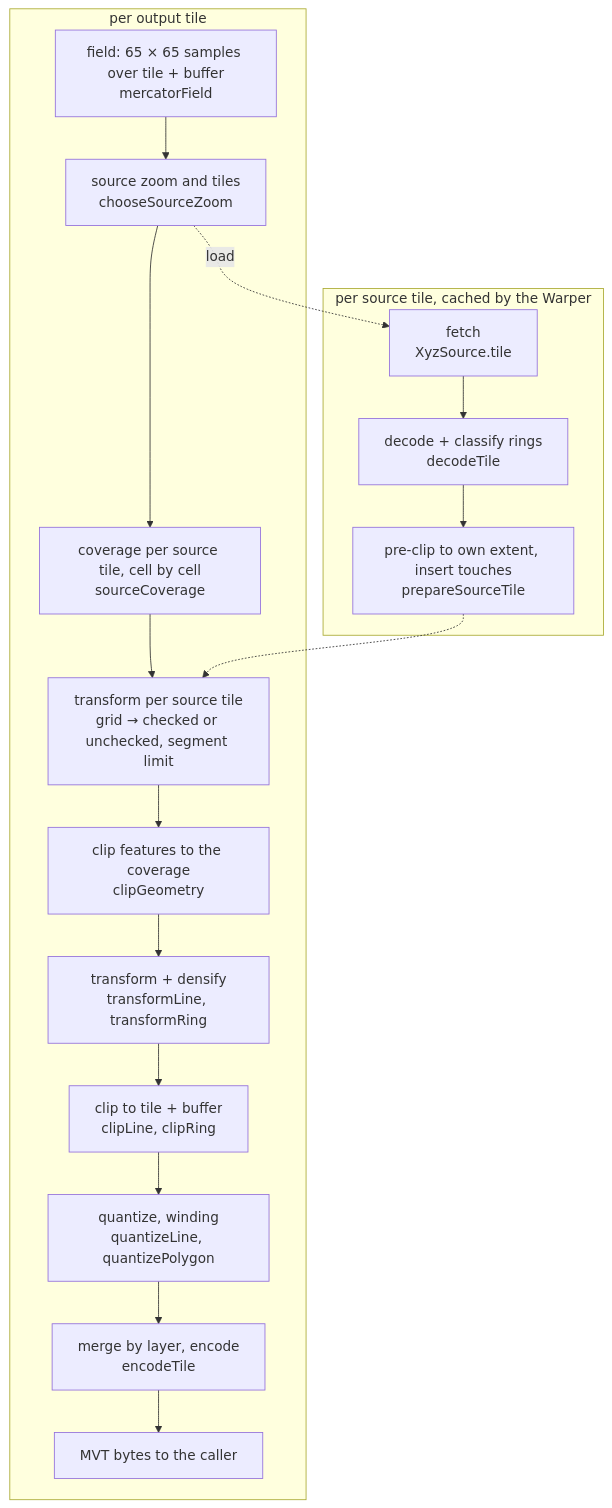
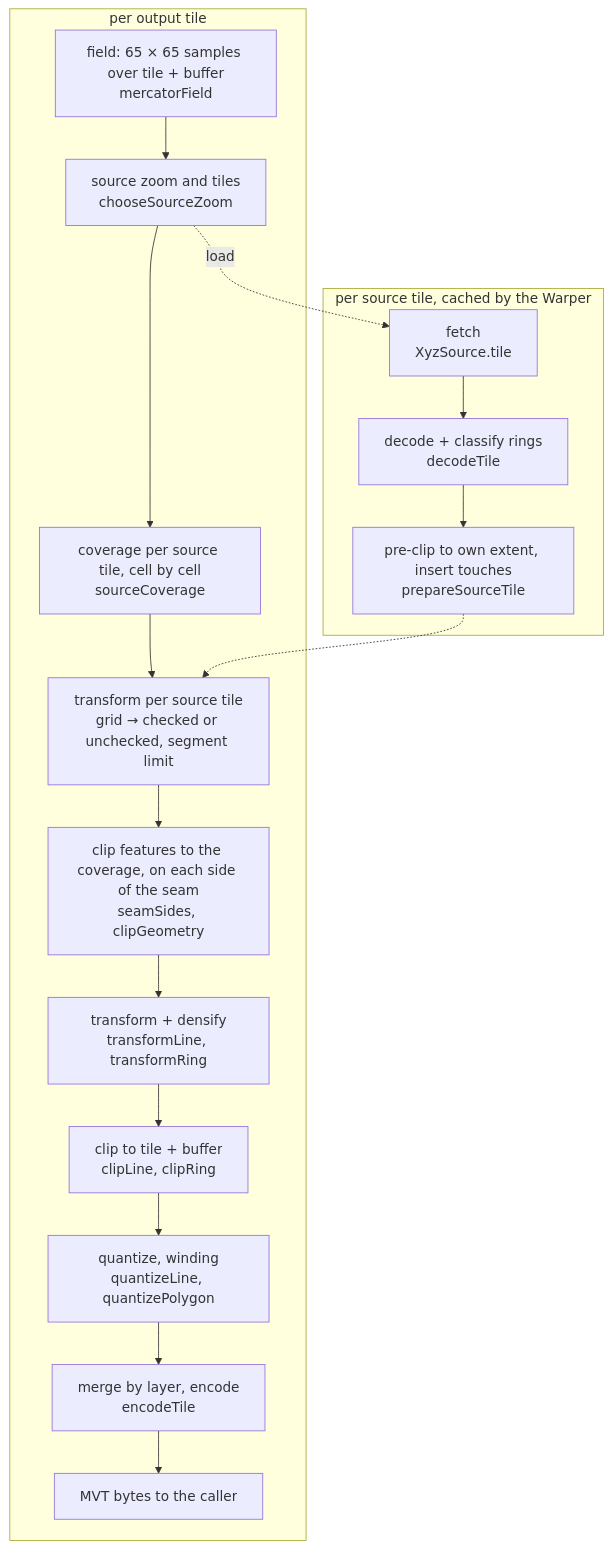
The third of 3 diagrams in docs/vector-tiles.md (yutannihilation/tilewarp), drawn with Mermaid before and after one commit. The commit also changed other lines of this file and 3 other files, not shown here.

````diff
--- a/docs/vector-tiles.md
+++ b/docs/vector-tiles.md
@@ -257,20 +270,20 @@
 ```mermaid
 flowchart TD
   subgraph per_request["per output tile"]
     A["field: 65 × 65 samples over tile + buffer<br/>mercatorField"] --> B["source zoom and tiles<br/>chooseSourceZoom"]
     B --> C["coverage per source tile, cell by cell<br/>sourceCoverage"]
     C --> D["transform per source tile<br/>grid → checked or unchecked, segment limit"]
-    D --> E["clip features to the coverage<br/>clipGeometry"]
+    D --> E["clip features to the coverage, on each side of the seam<br/>seamSides, clipGeometry"]
     E --> F["transform + densify<br/>transformLine, transformRing"]
     F --> G["clip to tile + buffer<br/>clipLine, clipRing"]
     G --> H["quantize, winding<br/>quantizeLine, quantizePolygon"]
     H --> I["merge by layer, encode<br/>encodeTile"]
     I --> J["MVT bytes to the caller"]
   end
   subgraph per_source_tile["per source tile, cached by the Warper"]
     R["fetch<br/>XyzSource.tile"] --> S["decode + classify rings<br/>decodeTile"]
     S --> T["pre-clip to own extent, insert touches<br/>prepareSourceTile"]
   end
   B -.->|"load"| R
   T -.-> D
 ```
````
